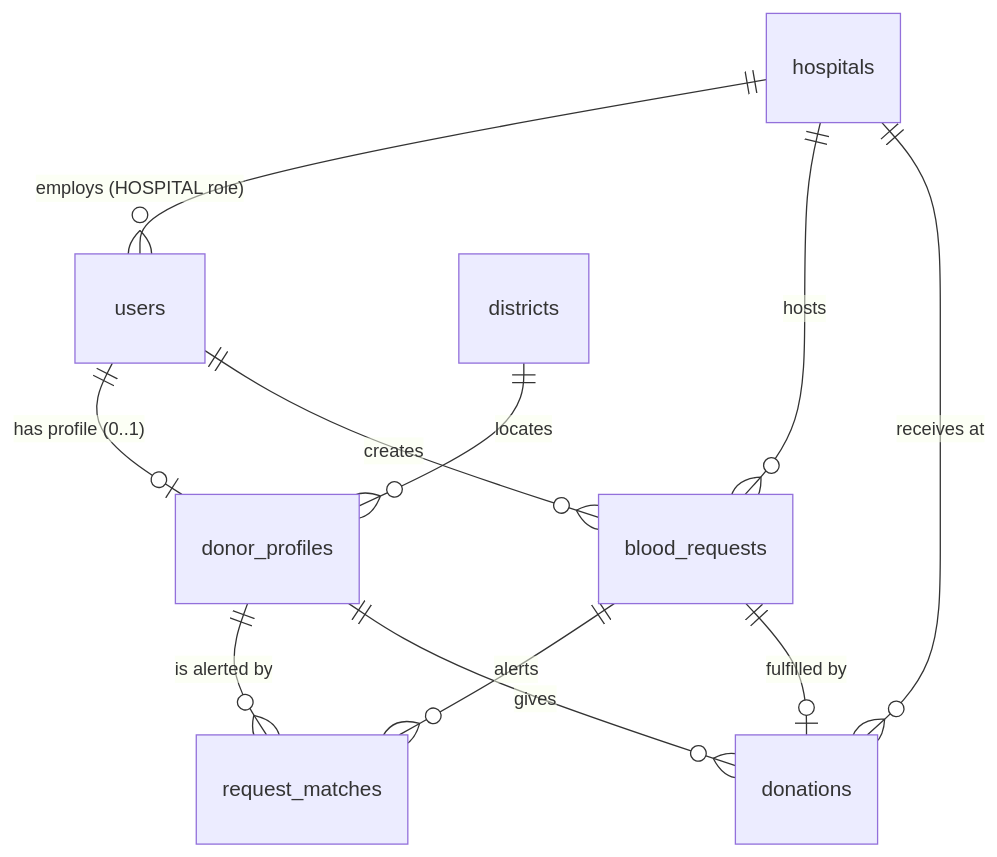
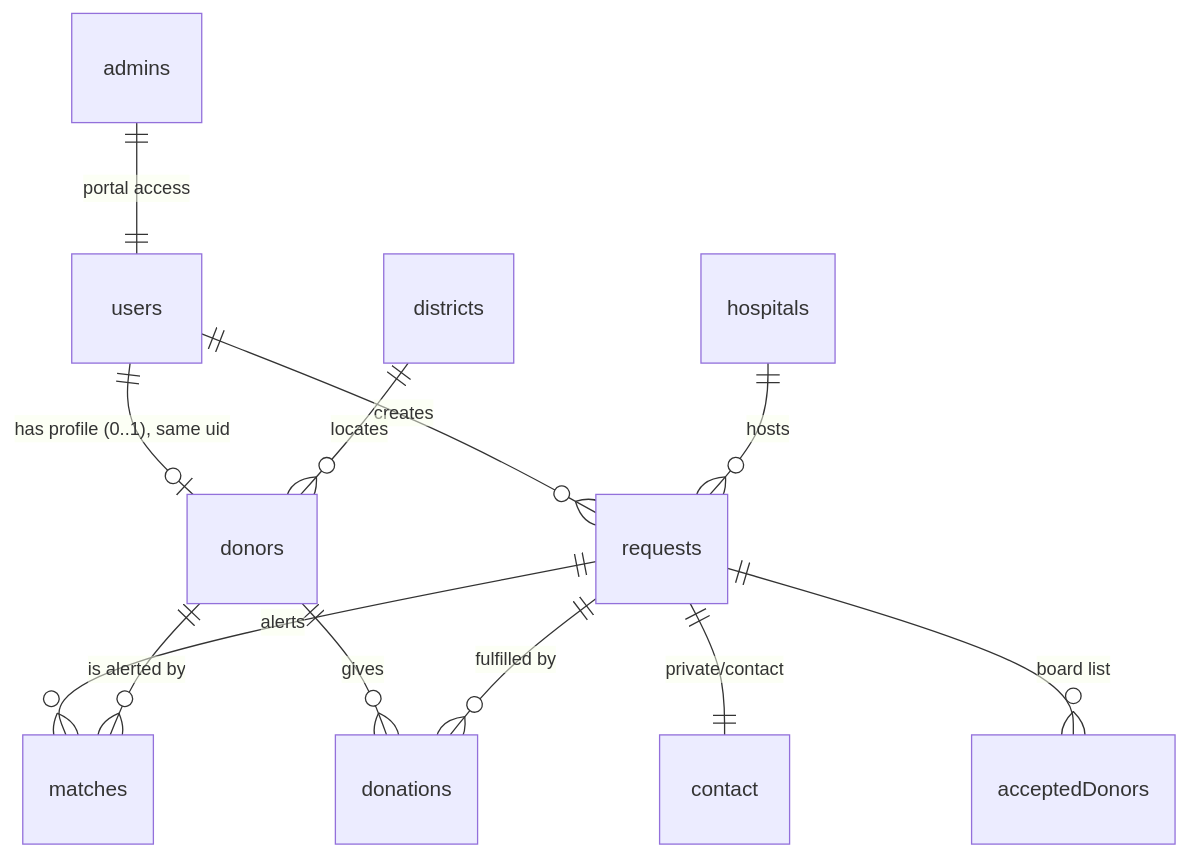
Before and after one commit to NemSothea/LifeLinkKh: the second of 2 diagrams in README.md, drawn with Mermaid. The commit also changed other lines of this file and 288 other files, not shown here.

````diff
--- a/README.md
+++ b/README.md
@@ -133,13 +140,14 @@
 ```mermaid
 erDiagram
-    users ||--o| donor_profiles : "has profile (0..1)"
-    users ||--o{ blood_requests : "creates"
-    hospitals ||--o{ users : "employs (HOSPITAL role)"
-    hospitals ||--o{ blood_requests : "hosts"
-    hospitals ||--o{ donations : "receives at"
-    districts ||--o{ donor_profiles : "locates"
-    blood_requests ||--o{ request_matches : "alerts"
-    donor_profiles ||--o{ request_matches : "is alerted by"
-    donor_profiles ||--o{ donations : "gives"
-    blood_requests ||--o| donations : "fulfilled by"
+    users ||--o| donors : "has profile (0..1), same uid"
+    users ||--o{ requests : "creates"
+    hospitals ||--o{ requests : "hosts"
+    districts ||--o{ donors : "locates"
+    requests ||--|| contact : "private/contact"
+    requests ||--o{ matches : "alerts"
+    donors ||--o{ matches : "is alerted by"
+    requests ||--o{ acceptedDonors : "board list"
+    donors ||--o{ donations : "gives"
+    requests ||--o{ donations : "fulfilled by"
+    admins ||--|| users : "portal access"
 ```
````
